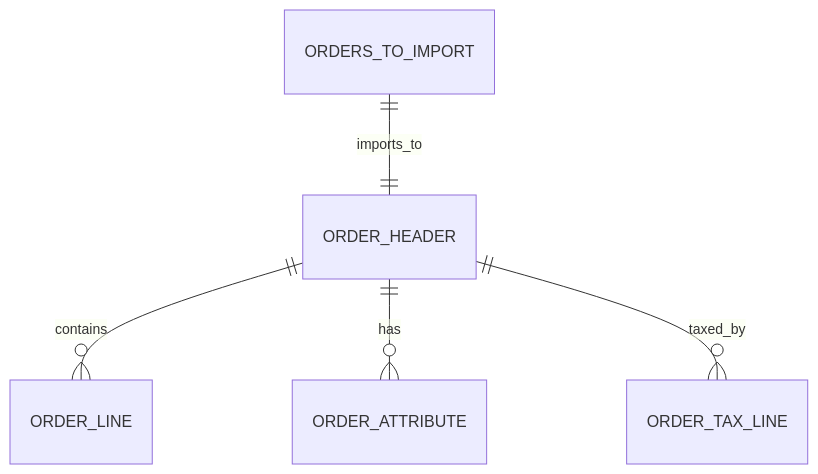
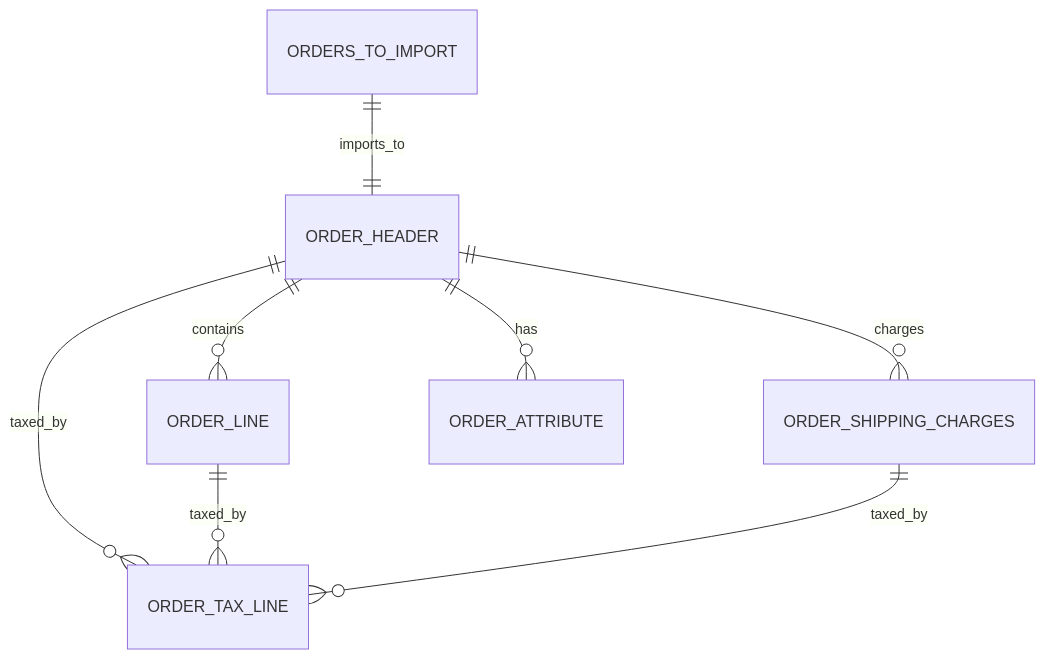
One commit to StefanMaron/MSDyn365BC.Sandbox.Code.History changed the third of 9 diagrams in Shopify Connector/docs/data-model.md. Above: the diagram before and after it, drawn with Mermaid. The commit also changed other lines of this file and 407 other files, not shown here.

````diff
--- a/Shopify Connector/docs/data-model.md
+++ b/Shopify Connector/docs/data-model.md
@@ -59,7 +69,10 @@
 ```mermaid
 erDiagram
     ORDERS_TO_IMPORT ||--|| ORDER_HEADER : imports_to
     ORDER_HEADER ||--o{ ORDER_LINE : contains
+    ORDER_HEADER ||--o{ ORDER_SHIPPING_CHARGES : charges
     ORDER_HEADER ||--o{ ORDER_ATTRIBUTE : has
     ORDER_HEADER ||--o{ ORDER_TAX_LINE : taxed_by
+    ORDER_LINE ||--o{ ORDER_TAX_LINE : taxed_by
+    ORDER_SHIPPING_CHARGES ||--o{ ORDER_TAX_LINE : taxed_by
 ```
````
